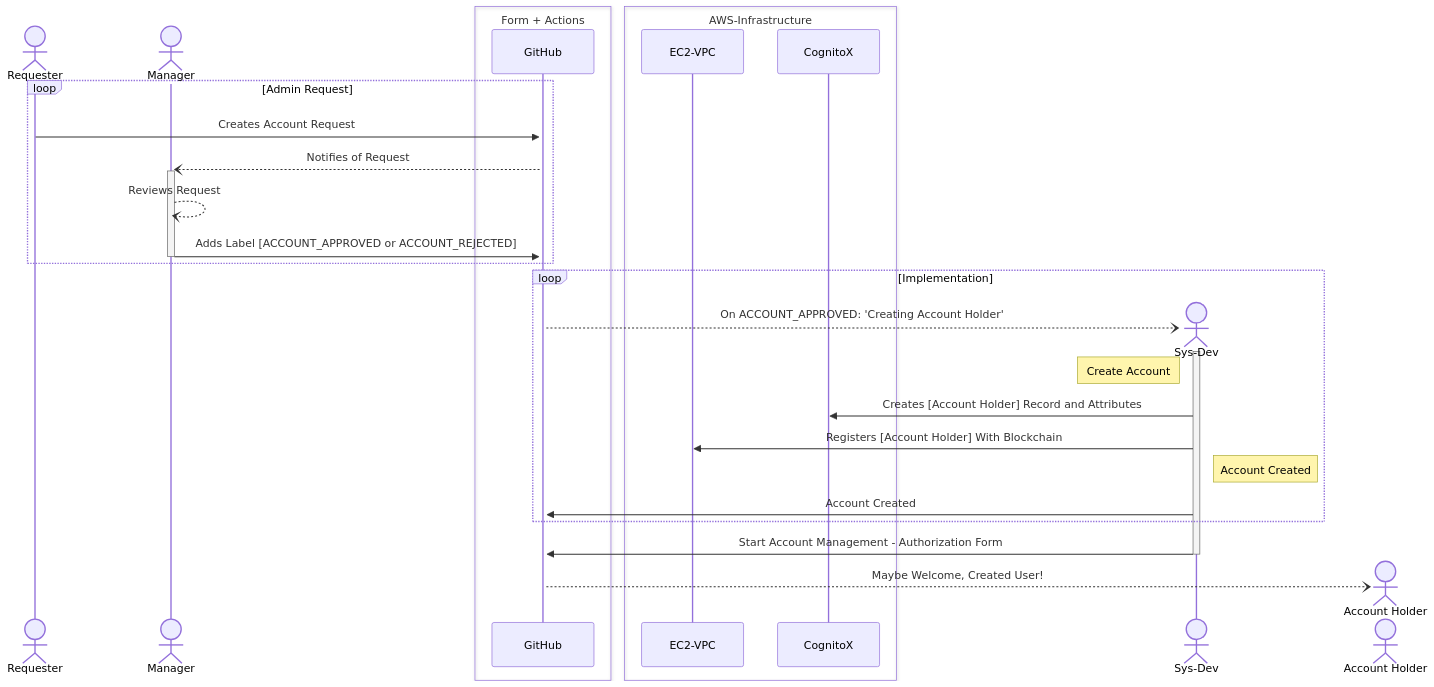
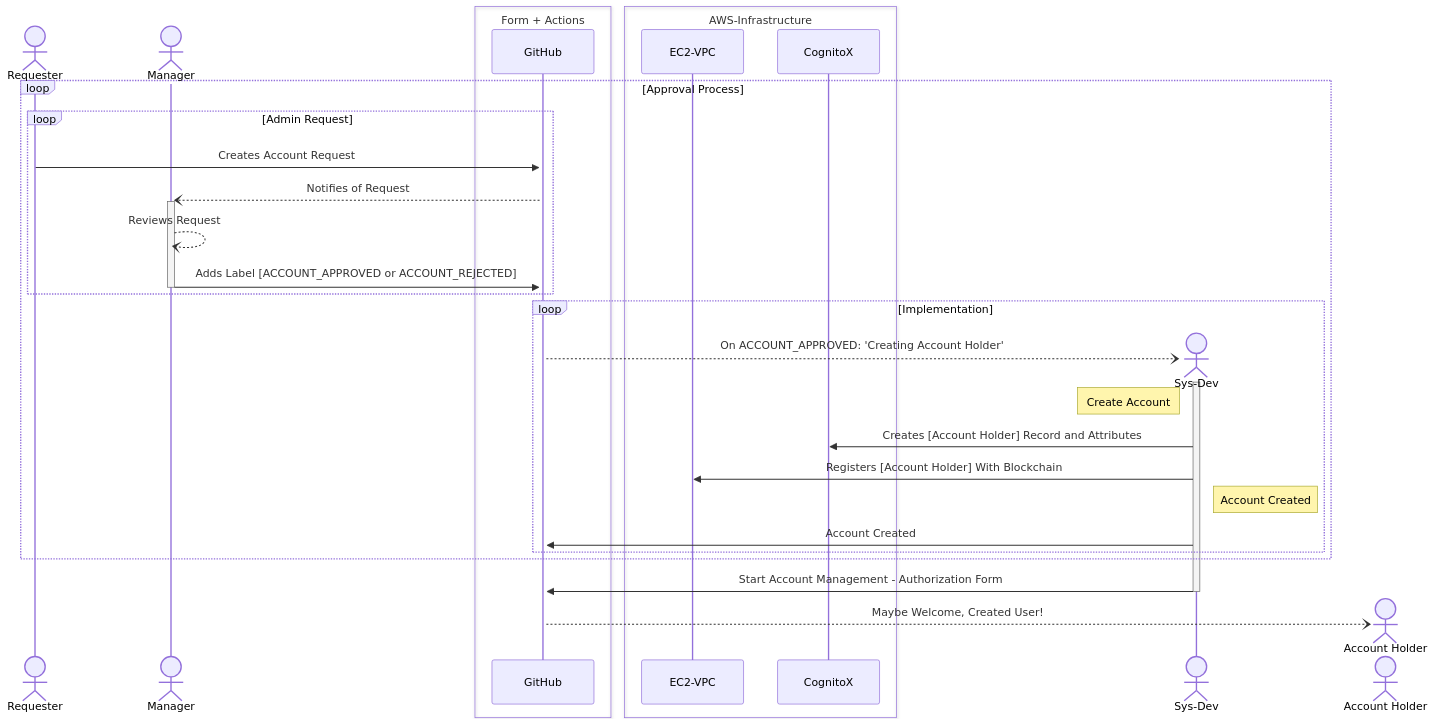
The diagram in account_workflow.md (usnistgov/blossom-oscal), drawn with Mermaid before and after one commit.

Commit message:
Added the overall process loop

````diff
--- a/account_workflow.md
+++ b/account_workflow.md
@@ -16,39 +16,40 @@
 ```mermaid
 sequenceDiagram
     actor Rq as Requester
     actor Man as Manager
         
     box Form + Actions
         participant GH as GitHub
     end
     
     box  AWS-Infrastructure
         participant EC2 as EC2-VPC
         participant Cog as CognitoX
     end
+    loop Approval Process
+        loop Admin Request  
+            Rq->>+GH: Creates Account Request
+            GH--)+Man: Notifies of Request
+            Man--)Man: Reviews Request
+            Man->>-GH: Adds Label [ACCOUNT_APPROVED or ACCOUNT_REJECTED]
+        end
 
-    loop Admin Request  
-        Rq->>+GH: Creates Account Request
-        GH--)+Man: Notifies of Request
-        Man--)Man: Reviews Request
-        Man->>-GH: Adds Label [ACCOUNT_APPROVED or ACCOUNT_REJECTED]
+        loop Implementation
+            create actor Sys as Sys-Dev
+            GH--)+Sys: On ACCOUNT_APPROVED: 'Creating Account Holder'
+            Note left of Sys: Create Account    
+
+            Sys->>Cog: Creates [Account Holder] Record and Attributes
+            Sys->>EC2: Registers [Account Holder] With Blockchain
+            Note right of Sys: Account Created 
+
+            Sys->>GH: Account Created
+        end
     end
-
-    loop Implementation
-        create actor Sys as Sys-Dev
-        GH--)+Sys: On ACCOUNT_APPROVED: 'Creating Account Holder'
-        Note left of Sys: Create Account    
-
-        Sys->>Cog: Creates [Account Holder] Record and Attributes
-        Sys->>EC2: Registers [Account Holder] With Blockchain
-        Note right of Sys: Account Created 
-
-        Sys->>GH: Account Created
-    end
-
+    
     Sys->>-GH: Start Account Management - Authorization Form
 
     create actor AH as Account Holder
     GH--)AH: Maybe Welcome, Created User!
 
 ```
````
